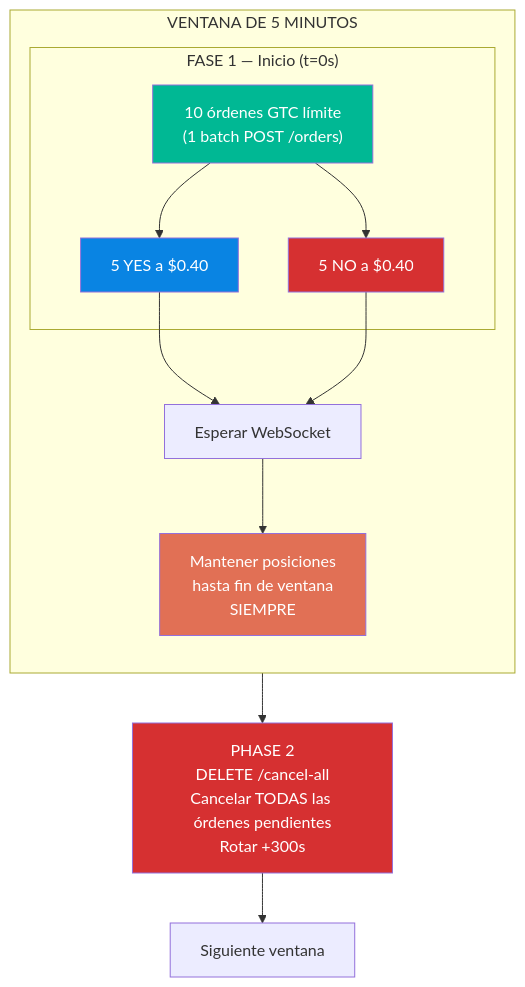
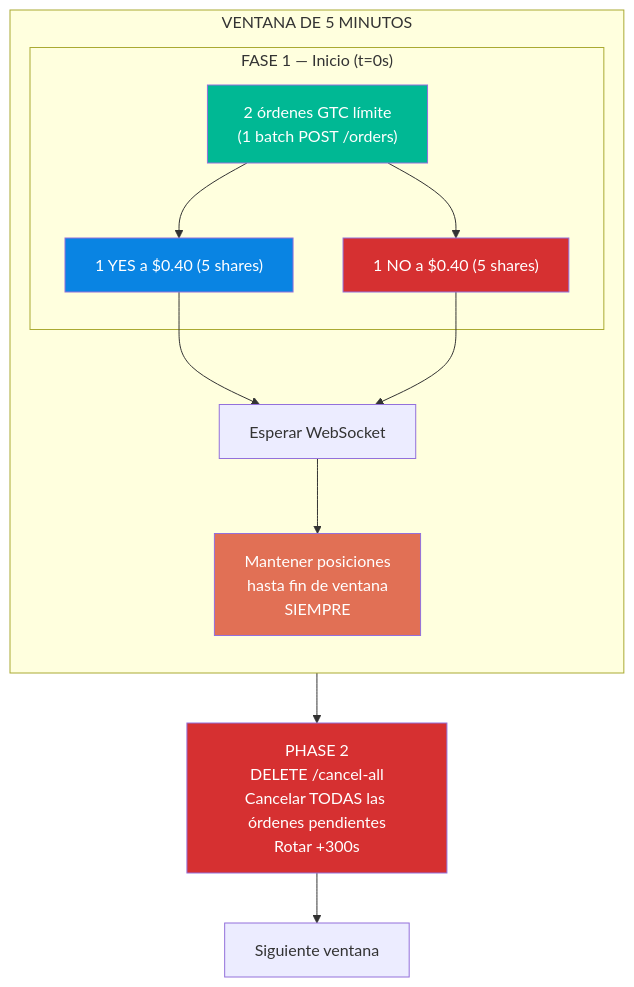
One commit to carlosFTP999/poly-bot-4040 changed the second of 3 diagrams in Plan-inicial.md. Above: the diagram before and after it, drawn with Mermaid. The commit also changed other lines of this file and 23 other files, not shown here.

````diff
--- a/Plan-inicial.md
+++ b/Plan-inicial.md
@@ -240,29 +240,29 @@
 ```mermaid
 flowchart TD
     subgraph "VENTANA DE 5 MINUTOS"
         direction TB
         
         subgraph "FASE 1 — Inicio (t=0s)"
-             P1["10 órdenes GTC límite\n(1 batch POST /orders)"]
-             P1_YES["5 YES a $0.40"]
-             P1_NO["5 NO a $0.40"]
+             P1["2 órdenes GTC límite\n(1 batch POST /orders)"]
+             P1_YES["1 YES a $0.40 (5 shares)"]
+             P1_NO["1 NO a $0.40 (5 shares)"]
             P1 --> P1_YES
             P1 --> P1_NO
         end
         
         P1_YES --> WAIT1[Esperar WebSocket]
         P1_NO --> WAIT1
         
         WAIT1 --> HOLD[Mantener posiciones\nhasta fin de ventana\nSIEMPRE]
         
     end
     
     HOLD --> CANCEL["PHASE 2\nDELETE /cancel-all\nCancelar TODAS las órdenes pendientes\nRotar +300s"]
     CANCEL --> NEXT[Siguiente ventana]
     
     style P1 fill:#00b894,color:#fff
     style P1_YES fill:#0984e3,color:#fff
     style P1_NO fill:#d63031,color:#fff
     style HOLD fill:#e17055,color:#fff
     style CANCEL fill:#d63031,color:#fff
 ```
````
